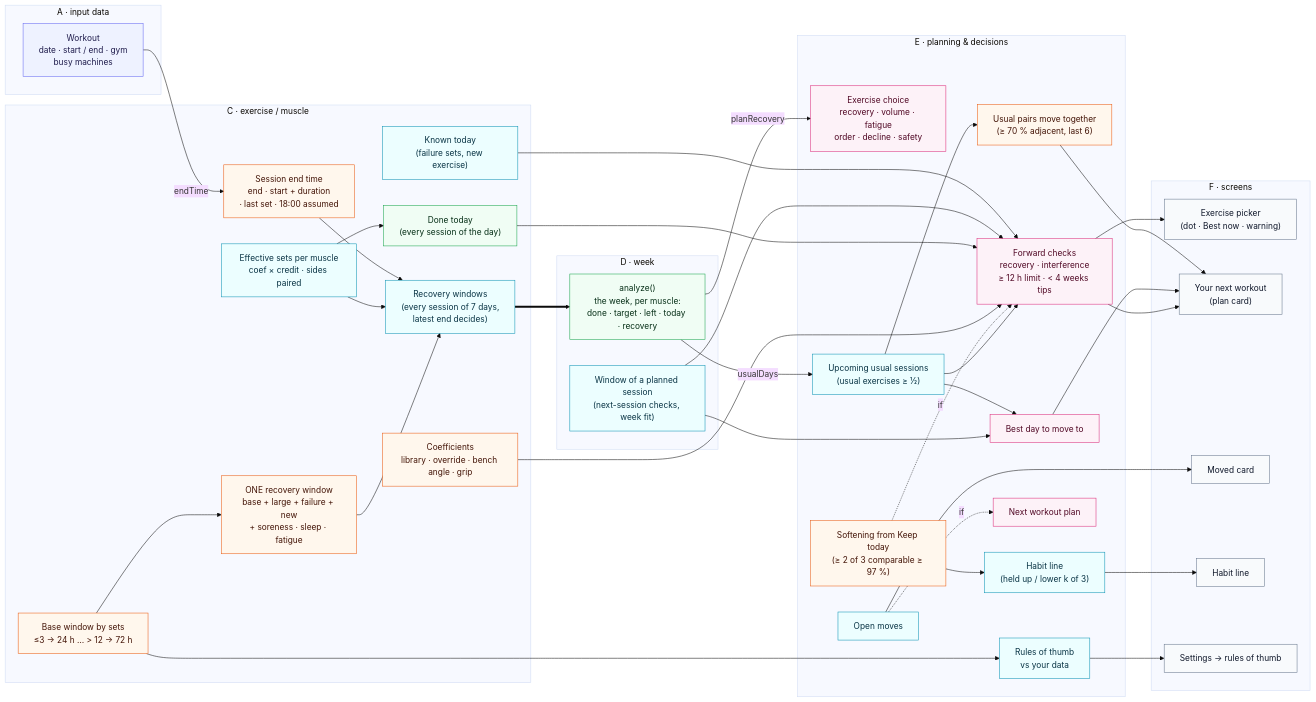
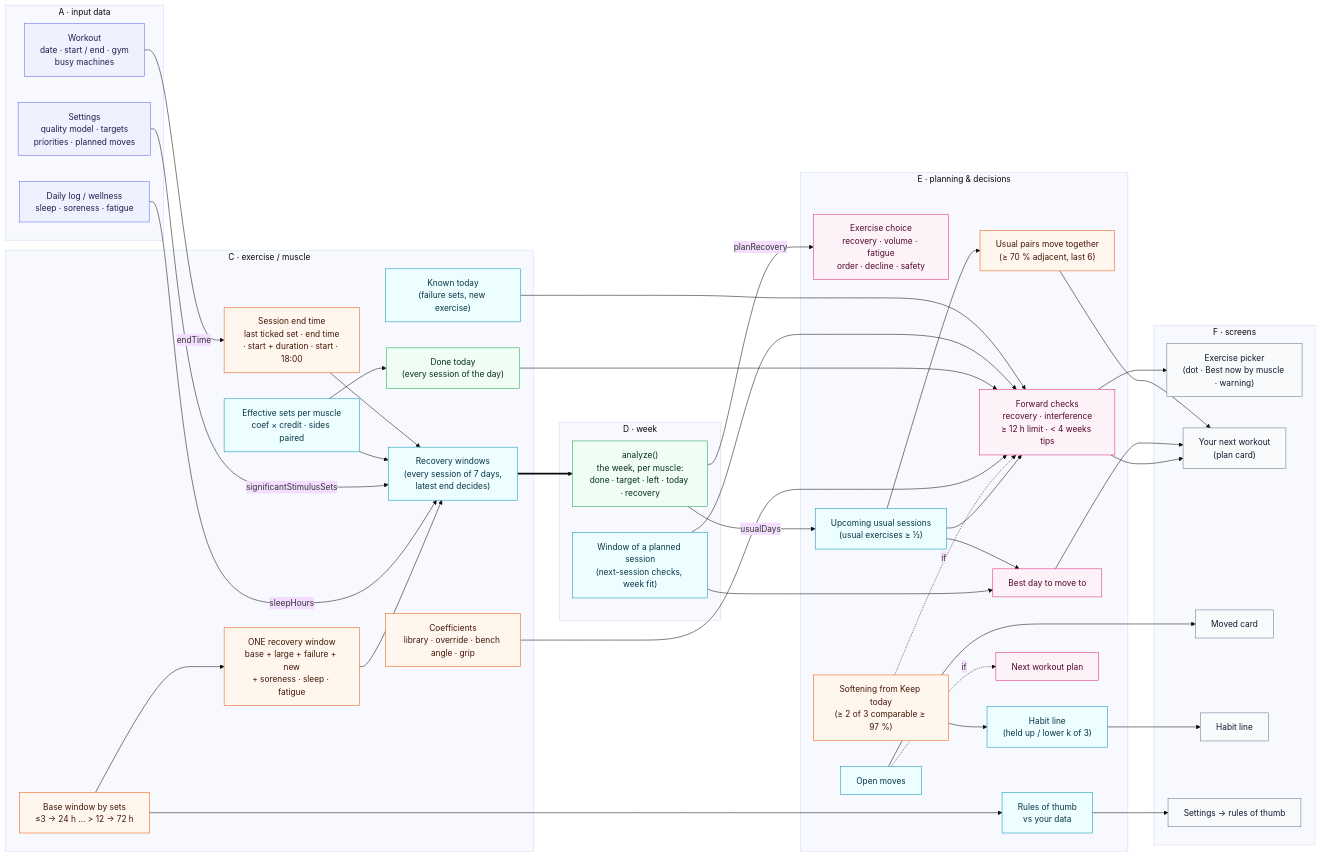
One commit to seniashinmaksim/gym-rat changed the sixth of 8 diagrams in docs/FORMULA_DEPENDENCY_MAP.md. Above: the diagram before and after it, drawn with Mermaid (base theme). The commit also changed other lines of this file and 55 other files, not shown here.

````diff
--- a/docs/FORMULA_DEPENDENCY_MAP.md
+++ b/docs/FORMULA_DEPENDENCY_MAP.md
@@ -447,73 +451,77 @@
 ```mermaid
 flowchart LR
   subgraph A["A · input data"]
+    in_daily["Daily log / wellness<br/>sleep · soreness · fatigue"]:::input
+    in_settings["Settings<br/>quality model · targets<br/>priorities · planned moves"]:::input
     in_workout["Workout<br/>date · start / end · gym<br/>busy machines"]:::input
   end
   subgraph C["C · exercise / muscle"]
     basewin["Base window by sets<br/>≤3 → 24 h … > 12 → 72 h"]:::rule
     window["ONE recovery window<br/>base + large + failure + new<br/>+ soreness · sleep · fatigue"]:::rule
     recovery["Recovery windows<br/>(every session of 7 days,<br/>latest end decides)"]:::formula
     volume["Effective sets per muscle<br/>coef × credit · sides paired"]:::formula
-    sessionend["Session end time<br/>end · start + duration<br/>· last set · 18:00 assumed"]:::rule
+    sessionend["Session end time<br/>last ticked set · end time<br/>· start + duration · start · 18:00"]:::rule
     coef["Coefficients<br/>library · override · bench angle · grip"]:::rule
     donetoday["Done today<br/>(every session of the day)"]:::aggregation
     todayextra["Known today<br/>(failure sets, new exercise)"]:::formula
   end
   subgraph D["D · week"]
     analyze["analyze()<br/>the week, per muscle:<br/>done · target · left · today · recovery"]:::aggregation
     sesswin["Window of a planned session<br/>(next-session checks, week fit)"]:::formula
   end
   subgraph E["E · planning & decisions"]
     choice["Exercise choice<br/>recovery · volume · fatigue<br/>order · decline · safety"]:::decision
     upcoming["Upcoming usual sessions<br/>(usual exercises ≥ ½)"]:::formula
     forward["Forward checks<br/>recovery · interference<br/>≥ 12 h limit · < 4 weeks tips"]:::decision
     kept["Softening from Keep today<br/>(≥ 2 of 3 comparable ≥ 97 %)"]:::rule
     moveday["Best day to move to"]:::decision
     partners["Usual pairs move together<br/>(≥ 70 % adjacent, last 6)"]:::rule
     habit["Habit line<br/>(held up / lower k of 3)"]:::formula
     moves["Open moves"]:::formula
     planner["Next workout plan"]:::decision
     rulechecks["Rules of thumb<br/>vs your data"]:::formula
   end
   subgraph F["F · screens"]
-    ui_picker["Exercise picker<br/>(dot · Best now · warning)"]:::ui
+    ui_picker["Exercise picker<br/>(dot · Best now by muscle · warning)"]:::ui
     ui_plan["Your next workout<br/>(plan card)"]:::ui
     ui_moved["Moved card"]:::ui
     ui_habitline["Habit line"]:::ui
     ui_rulecheck["Settings → rules of thumb"]:::ui
   end
   basewin --> window
   window --> recovery
+  in_daily -->|sleepHours| recovery
+  in_settings -->|significantStimulusSets| recovery
   volume --> recovery
   in_workout -->|endTime| sessionend
   sessionend --> recovery
   recovery ==> analyze
   analyze -->|planRecovery| choice
   analyze -->|usualDays| upcoming
   upcoming --> forward
   kept -.->|if| forward
   coef --> forward
   volume --> donetoday
   donetoday --> forward
   sesswin --> moveday
   sesswin --> forward
   todayextra --> forward
   upcoming --> moveday
   upcoming --> partners
   kept --> habit
   forward --> ui_picker
   forward --> ui_plan
   moveday --> ui_plan
   partners --> ui_plan
   moves --> ui_moved
   habit --> ui_habitline
   moves -.->|if| planner
   rulechecks --> ui_rulecheck
   basewin --> rulechecks
   classDef input fill:#eef2ff,stroke:#6366f1,color:#1e1b4b
   classDef formula fill:#ecfeff,stroke:#0891b2,color:#083344
   classDef rule fill:#fff7ed,stroke:#ea580c,color:#431407
   classDef aggregation fill:#f0fdf4,stroke:#16a34a,color:#052e16
   classDef decision fill:#fdf2f8,stroke:#db2777,color:#500724
   classDef ui fill:#f8fafc,stroke:#64748b,color:#0f172a
 ```
````
